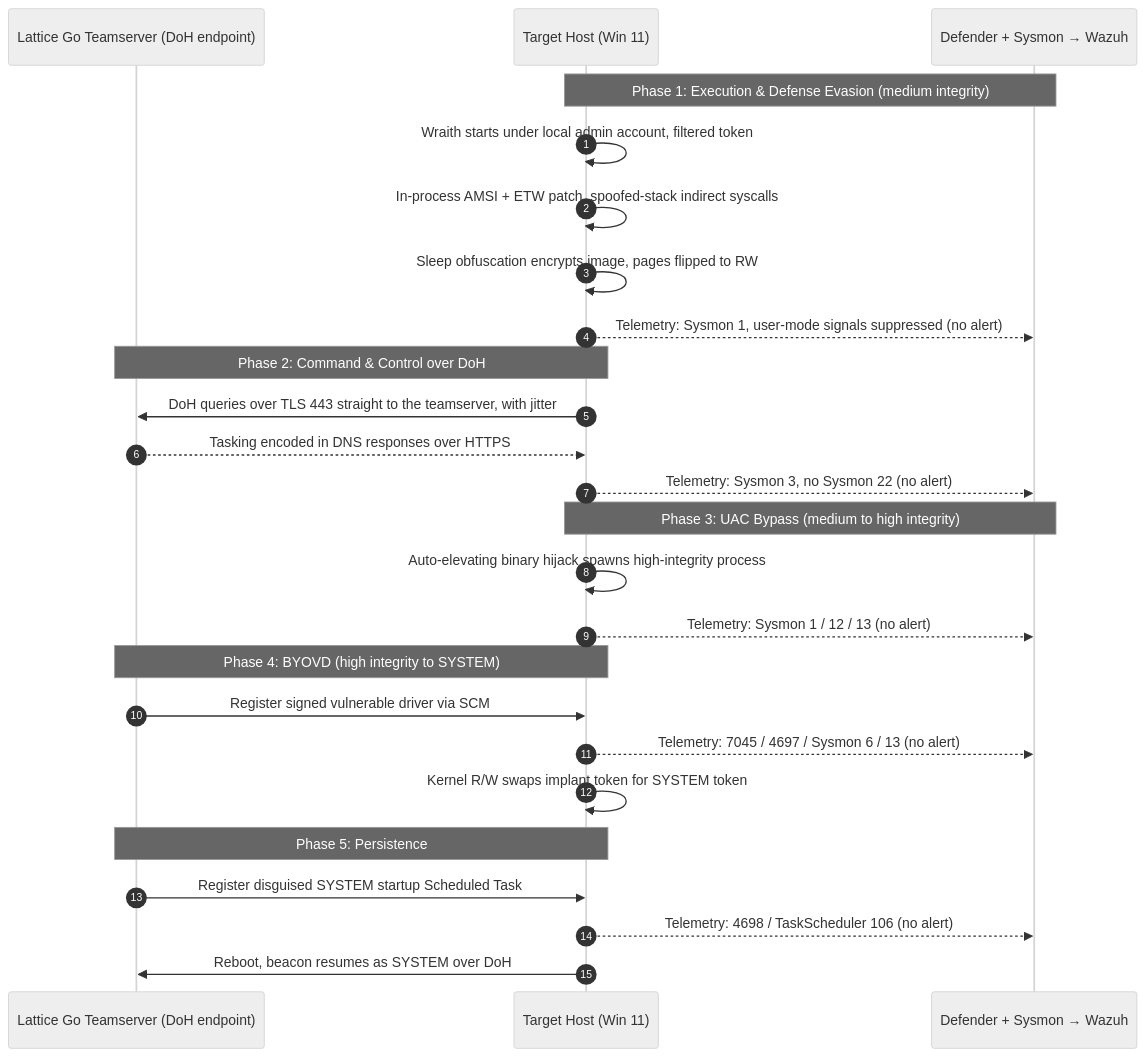
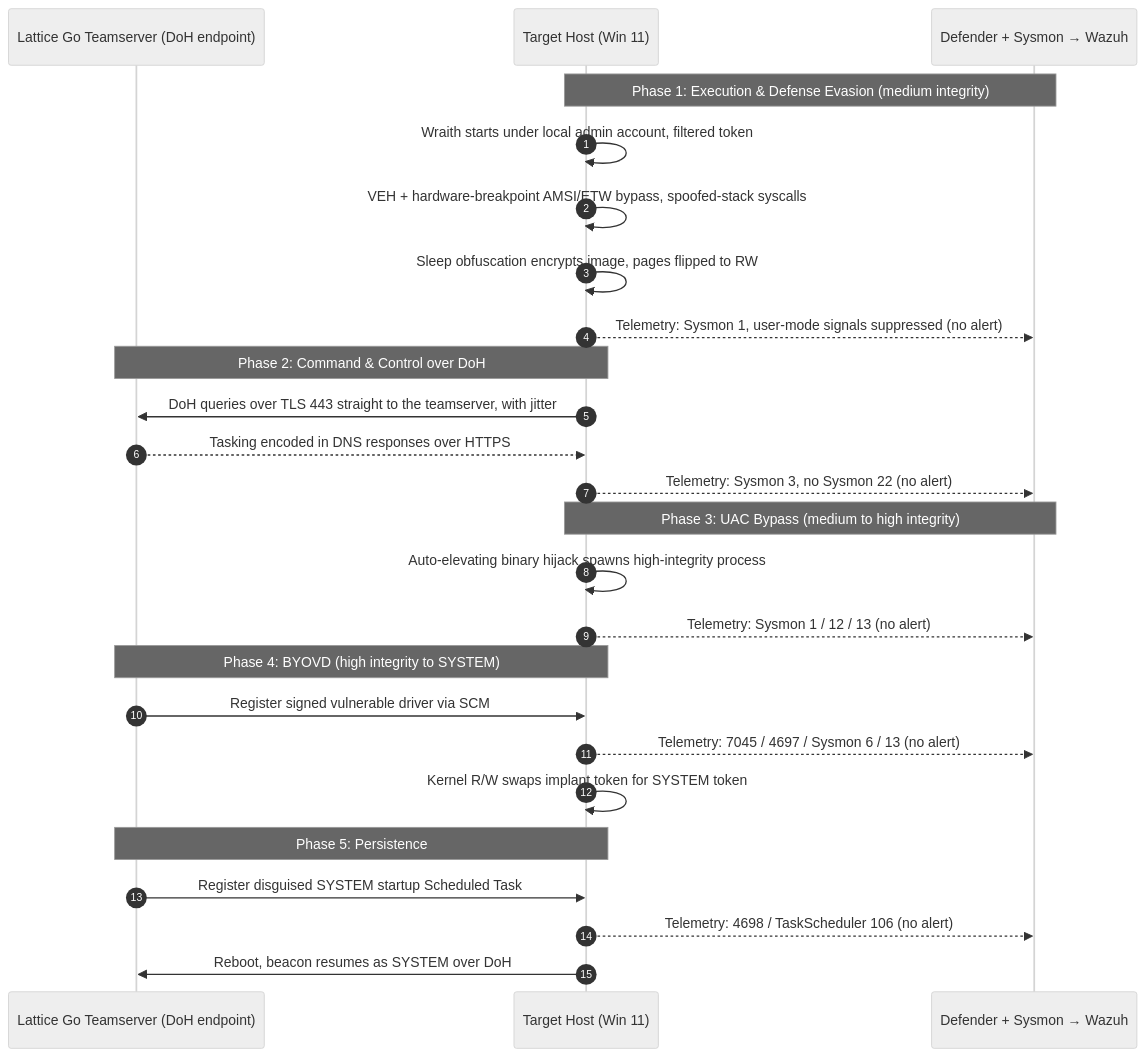
Before and after one commit to jp101216/Red-Team-Notes: the diagram in Adversary Emulation Case Study - Custom C2 to SYSTEM via BYOVD.md, drawn with Mermaid (neutral theme). The commit also changed other lines of this file, not shown here.

First line of the commit message:
Correct Lattice case study: start date and VEH-based AMSI/ETW bypass

````diff
--- a/Adversary Emulation Case Study - Custom C2 to SYSTEM via BYOVD.md
+++ b/Adversary Emulation Case Study - Custom C2 to SYSTEM via BYOVD.md
@@ -89,32 +89,32 @@
 ```mermaid
 sequenceDiagram
     autonumber
     participant Op as Lattice Go Teamserver (DoH endpoint)
     participant Host as Target Host (Win 11)
     participant Sensors as Defender + Sysmon → Wazuh
 
     Note over Host,Sensors: Phase 1: Execution & Defense Evasion (medium integrity)
     Host->>Host: Wraith starts under local admin account, filtered token
-    Host->>Host: In-process AMSI + ETW patch, spoofed-stack indirect syscalls
+    Host->>Host: VEH + hardware-breakpoint AMSI/ETW bypass, spoofed-stack syscalls
     Host->>Host: Sleep obfuscation encrypts image, pages flipped to RW
     Host-->>Sensors: Telemetry: Sysmon 1, user-mode signals suppressed (no alert)
 
     Note over Op,Host: Phase 2: Command & Control over DoH
     Host->>Op: DoH queries over TLS 443 straight to the teamserver, with jitter
     Op-->>Host: Tasking encoded in DNS responses over HTTPS
     Host-->>Sensors: Telemetry: Sysmon 3, no Sysmon 22 (no alert)
 
     Note over Host,Sensors: Phase 3: UAC Bypass (medium to high integrity)
     Host->>Host: Auto-elevating binary hijack spawns high-integrity process
     Host-->>Sensors: Telemetry: Sysmon 1 / 12 / 13 (no alert)
 
     Note over Op,Host: Phase 4: BYOVD (high integrity to SYSTEM)
     Op->>Host: Register signed vulnerable driver via SCM
     Host-->>Sensors: Telemetry: 7045 / 4697 / Sysmon 6 / 13 (no alert)
     Host->>Host: Kernel R/W swaps implant token for SYSTEM token
 
     Note over Op,Host: Phase 5: Persistence
     Op->>Host: Register disguised SYSTEM startup Scheduled Task
     Host-->>Sensors: Telemetry: 4698 / TaskScheduler 106 (no alert)
     Host->>Op: Reboot, beacon resumes as SYSTEM over DoH
 ```
````
